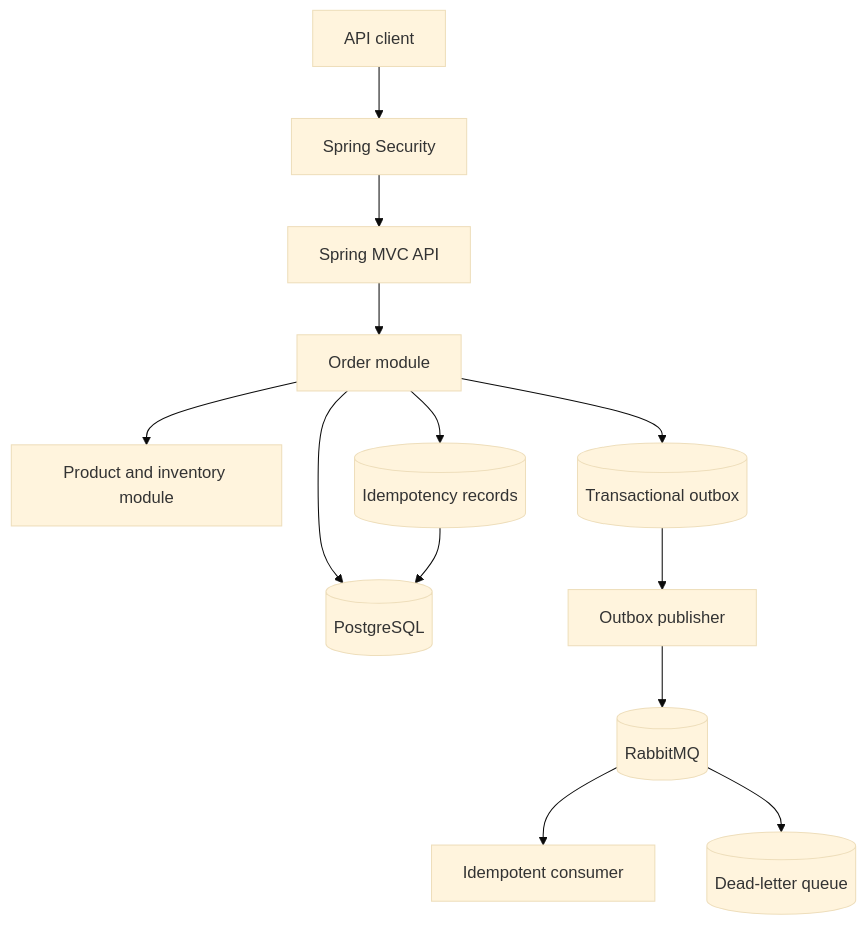
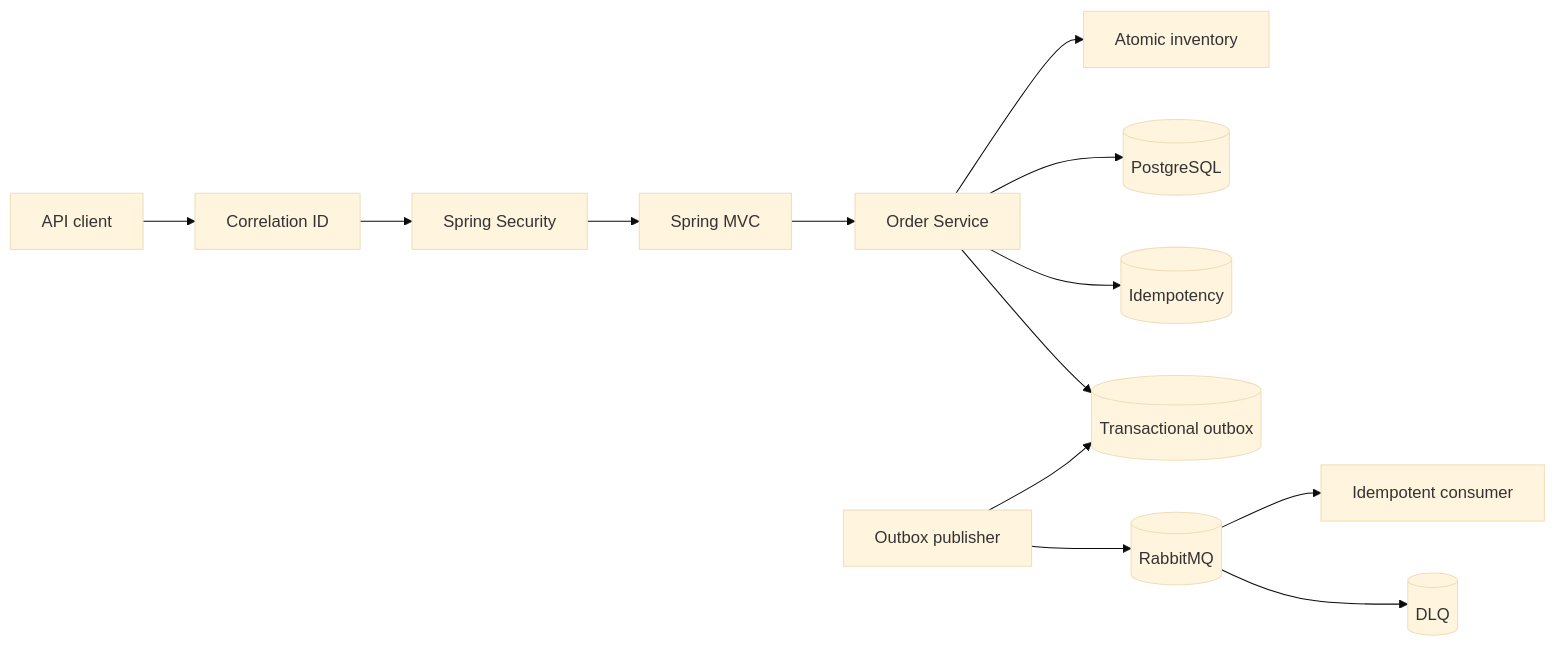
The diagram in README.md (tawsif113/spring-boot-rescue-lab), drawn with Mermaid (base theme) before and after one commit. The commit also changed other lines of this file, not shown here.

````diff
--- a/README.md
+++ b/README.md
@@ -44,15 +37,15 @@
 ```mermaid
-flowchart TD
-    Client[API client] --> Security[Spring Security]
-    Security --> API[Spring MVC API]
-    API --> Orders[Order module]
-    Orders --> Products[Product and inventory module]
-    Orders --> PostgreSQL[(PostgreSQL)]
-    Orders --> Idempotency[(Idempotency records)]
+flowchart LR
+    Client[API client] --> Corr[Correlation ID]
+    Corr --> Security[Spring Security]
+    Security --> API[Spring MVC]
+    API --> Orders[Order Service]
+    Orders --> Inventory[Atomic inventory]
+    Orders --> DB[(PostgreSQL)]
+    Orders --> Idem[(Idempotency)]
     Orders --> Outbox[(Transactional outbox)]
-    Outbox --> Publisher[Outbox publisher]
-    Publisher --> RabbitMQ[(RabbitMQ)]
-    RabbitMQ --> Consumer[Idempotent consumer]
-    RabbitMQ --> DLQ[(Dead-letter queue)]
-    Idempotency --> PostgreSQL
+    Publisher[Outbox publisher] --> Outbox
+    Publisher --> Rabbit[(RabbitMQ)]
+    Rabbit --> Consumer[Idempotent consumer]
+    Rabbit --> DLQ[(DLQ)]
 ```
````
